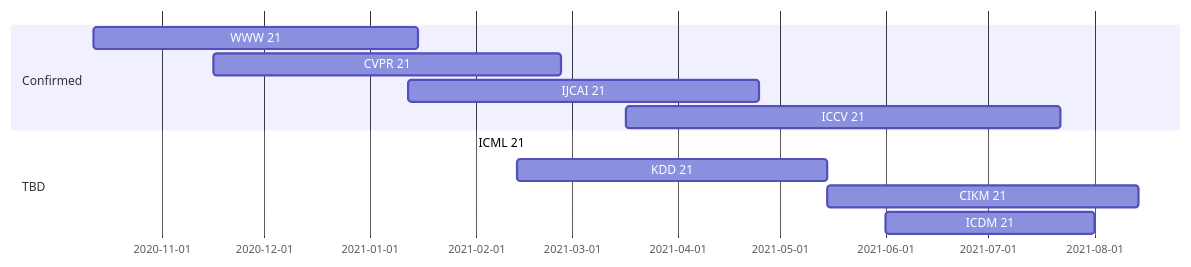
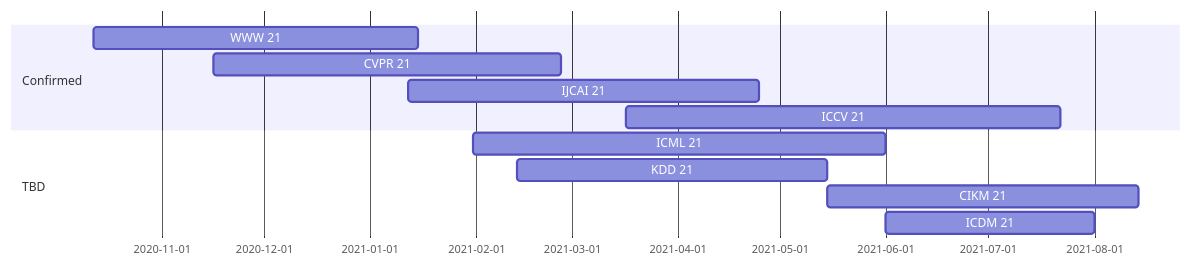
Before and after one commit to aquastar/academic-kickstart: the diagram in content/post/conf/index.md, drawn with Mermaid.

````diff
--- a/content/post/conf/index.md
+++ b/content/post/conf/index.md
@@ -16,16 +16,14 @@
 ```mermaid
 gantt
   dateFormat  MM/DD/YYYY
   section Confirmed
     WWW 21 :a1, 10/12/2020, 01/15/2021
     CVPR 21 :a2, 11/16/2020, 02/26/2021
     IJCAI 21 : 01/12/2021, 04/25/2021
     ICCV 21 : 03/17/2021, 07/22/2021
   section TBD
-    %% deadline is not decided
-    ICML 21: 01/31/2021, 06/1/2021
+    ICML 21: 01/31/2021, 06/01/2021
     KDD 21: 02/13/2021, 05/15/2021
     CIKM 21: 05/15/2021, 08/14/2021
     ICDM 21: 06/01/2021, 08/01/2021
-
 ```
````
